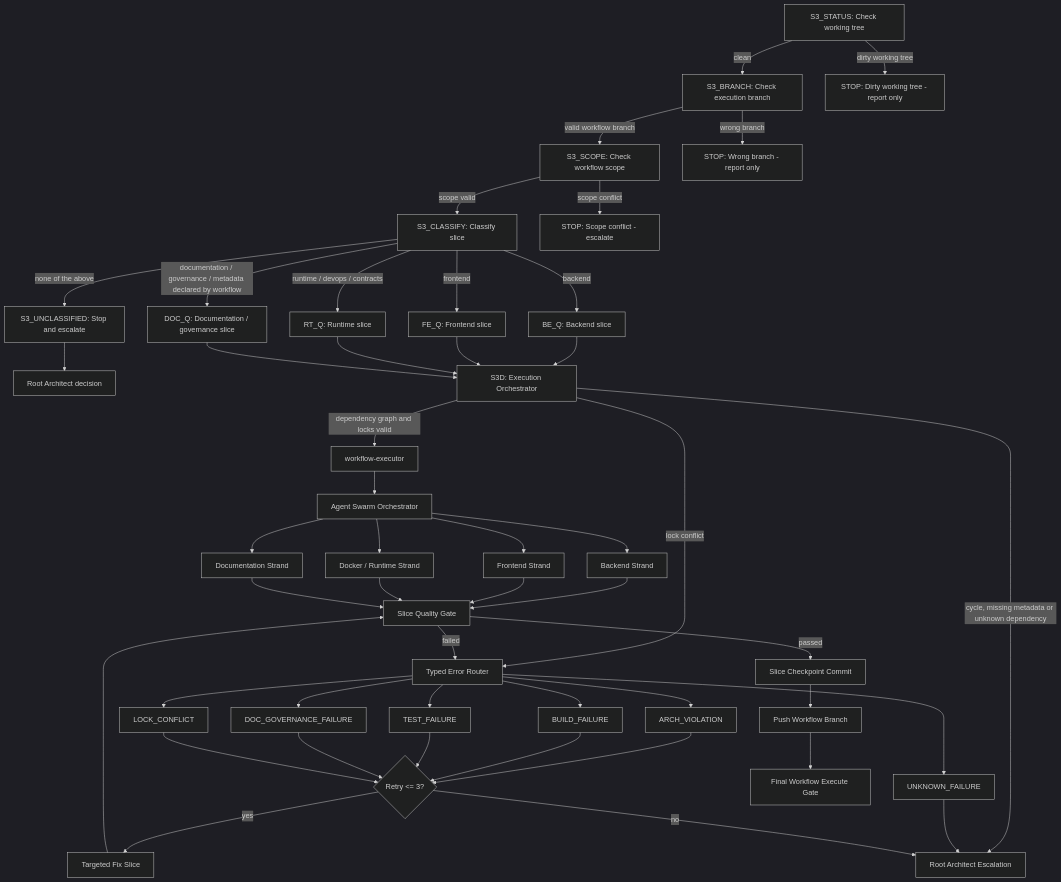
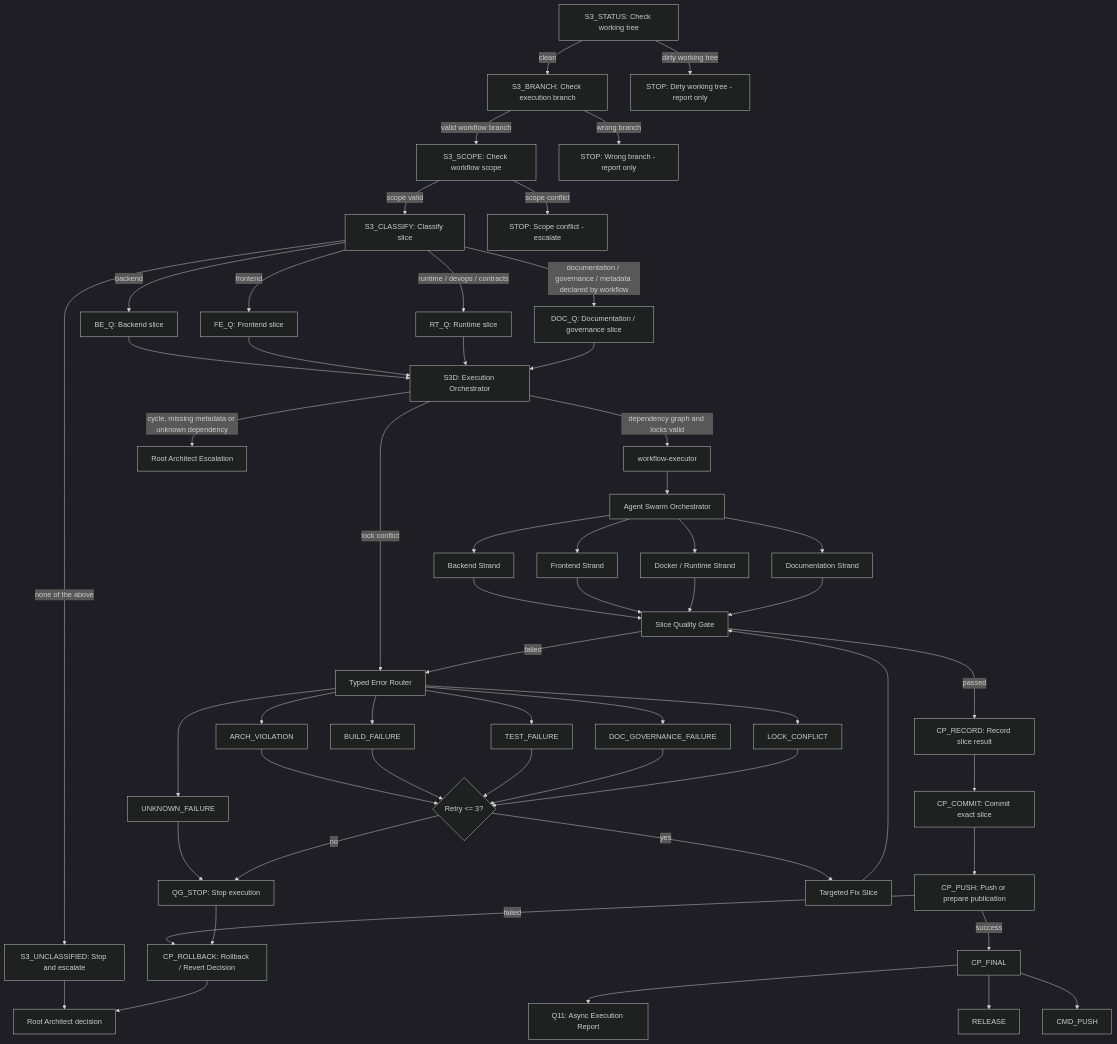
The fourth of 5 diagrams in docs/agents/agent-governance.md (MatthiasBurger-Coder/forensic_analytics), drawn with Mermaid (dark theme) before and after one commit. The commit also changed other lines of this file and 7 other files, not shown here.

First line of the commit message:
docs(slice-08): add rollback checkpoint graph

````diff
--- a/docs/agents/agent-governance.md
+++ b/docs/agents/agent-governance.md
@@ -178,6 +178,15 @@
   Runtime["Docker / Runtime Strand"]
   Docs["Documentation Strand"]
   Gate["Slice Quality Gate"]
+  QG_STOP["QG_STOP: Stop execution"]
+  CP_RECORD["CP_RECORD: Record slice result"]
+  CP_COMMIT["CP_COMMIT: Commit exact slice"]
+  CP_PUSH["CP_PUSH: Push or prepare publication"]
+  CP_FINAL["CP_FINAL"]
+  CP_ROLLBACK["CP_ROLLBACK: Rollback / Revert Decision"]
+  CMD_PUSH["CMD_PUSH"]
+  RELEASE["RELEASE"]
+  Q11["Q11: Async Execution Report"]
   Router["Typed Error Router"]
   ArchFailure["ARCH_VIOLATION"]
   BuildFailure["BUILD_FAILURE"]
@@ -188,9 +197,6 @@
   Retry{"Retry <= 3?"}
   Fix["Targeted Fix Slice"]
   Escalate["Root Architect Escalation"]
-  Commit["Slice Checkpoint Commit"]
-  Push["Push Workflow Branch"]
-  Final["Final Workflow Execute Gate"]
 
   Status -->|clean| Branch
   Status -->|dirty working tree| StopStatus
@@ -215,14 +221,21 @@
   Frontend --> Gate
   Runtime --> Gate
   Docs --> Gate
-  Gate -->|passed| Commit --> Push --> Final
+  Gate -->|passed| CP_RECORD --> CP_COMMIT --> CP_PUSH
+  CP_PUSH -->|success| CP_FINAL
+  CP_PUSH -->|failed| CP_ROLLBACK
+  CP_FINAL --> CMD_PUSH
+  CP_FINAL --> RELEASE
+  CP_FINAL --> Q11
+  CP_ROLLBACK --> RootArchitect
   Gate -->|failed| Router
   Router --> ArchFailure --> Retry
   Router --> BuildFailure --> Retry
   Router --> TestFailure --> Retry
   Router --> DocFailure --> Retry
   Router --> LockFailure --> Retry
-  Router --> UnknownFailure --> Escalate
+  Router --> UnknownFailure --> QG_STOP
   Retry -->|yes| Fix --> Gate
-  Retry -->|no| Escalate
+  Retry -->|no| QG_STOP
+  QG_STOP --> CP_ROLLBACK
 ```
````
